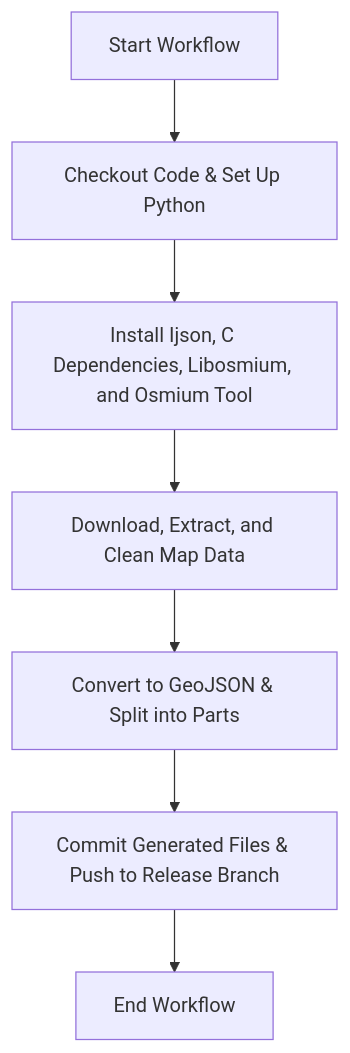
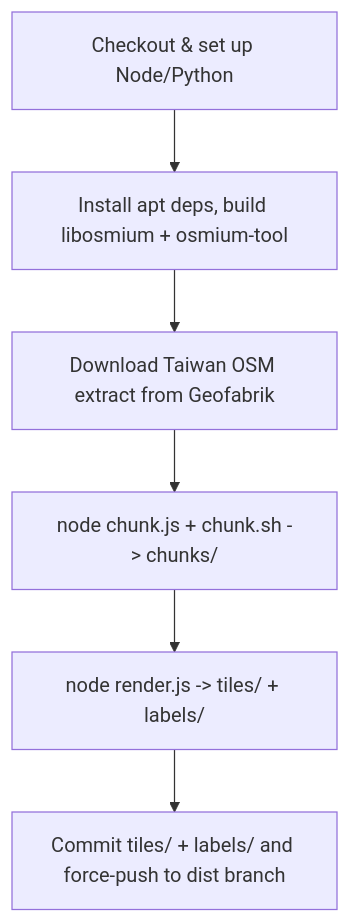
One commit to EricHsia7/bus-map changed the diagram in README.md. Above: the diagram before and after it, drawn with Mermaid. The commit also changed other lines of this file, not shown here.

````diff
--- a/README.md
+++ b/README.md
@@ -21,9 +18,8 @@
 ```mermaid
 flowchart TD
-    A[Start Workflow] --> B[Checkout Code & Set Up Python]
-    B --> C[Install Ijson, C Dependencies, Libosmium, and Osmium Tool]
-    C --> D[Download, Extract, and Clean Map Data]
-    D --> E[Convert to GeoJSON & Split into Parts]
-    E --> F[Commit Generated Files & Push to Release Branch]
-    F --> G[End Workflow]
+    A[Checkout & set up Node/Python] --> B[Install apt deps, build libosmium + osmium-tool]
+    B --> C[Download Taiwan OSM extract from Geofabrik]
+    C --> D[node chunk.js + chunk.sh -> chunks/]
+    D --> E[node render.js -> tiles/ + labels/]
+    E --> F[Commit tiles/ + labels/ and force-push to dist branch]
 ```
````
